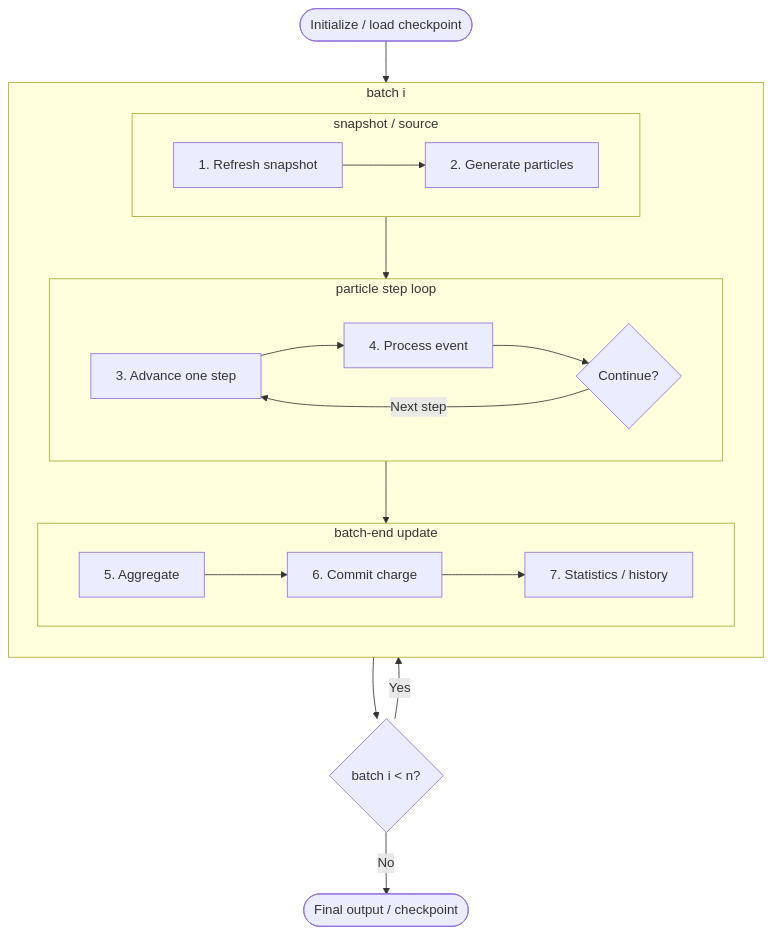
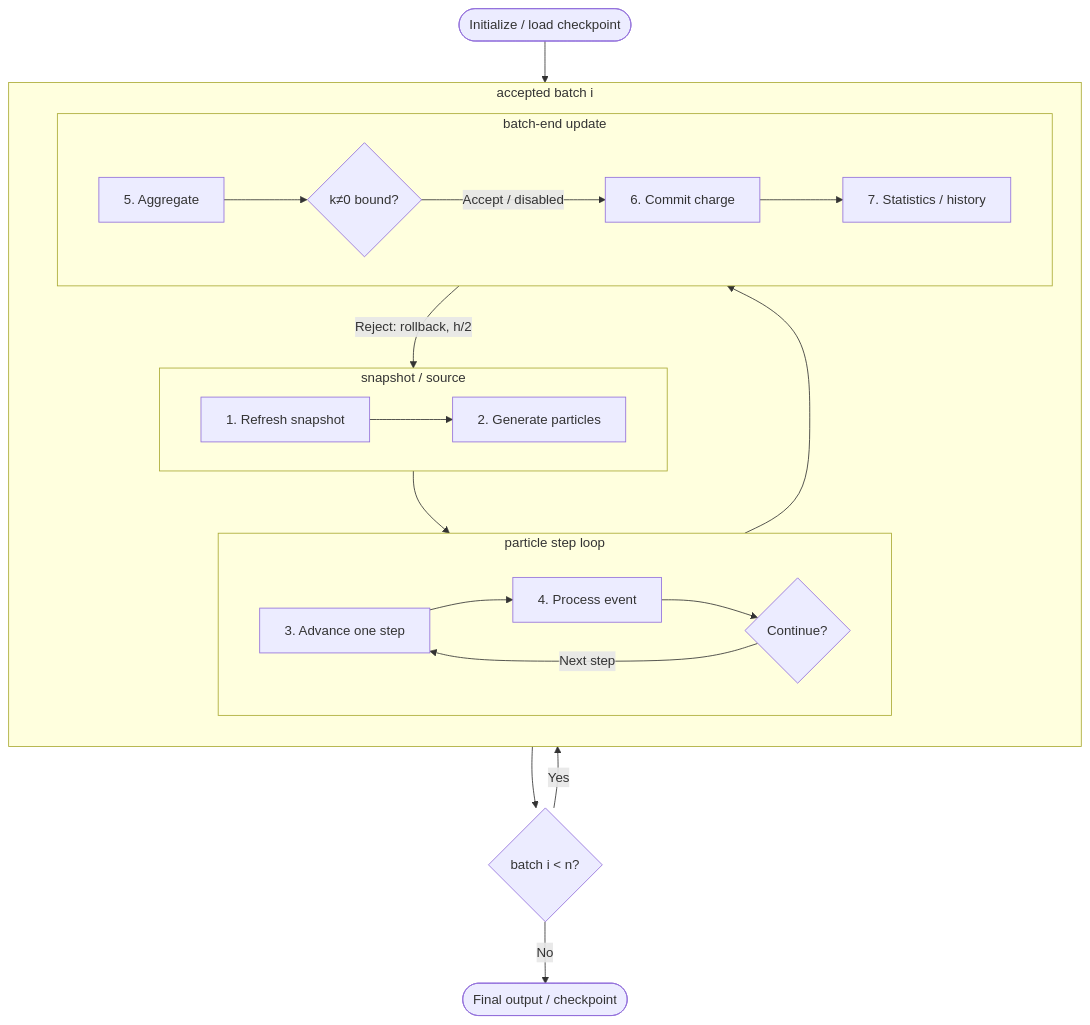
The diagram in docs/Algorithms.en.md (Nkzono99/BEACH), drawn with Mermaid before and after one commit. The commit also changed other lines of this file and 46 other files, not shown here.

````diff
--- a/docs/Algorithms.en.md
+++ b/docs/Algorithms.en.md
@@ -16,32 +16,34 @@
 ```mermaid
 flowchart TD
     start(["Initialize / load checkpoint"])
     more{"batch i < n?"}
 
-    subgraph batch["batch i"]
+    subgraph batch["accepted batch i"]
         direction TB
         subgraph prepare["snapshot / source"]
             direction LR
             p1["1. Refresh snapshot"] --> p2["2. Generate particles"]
         end
 
         subgraph particle_loop["particle step loop"]
             direction LR
             p3["3. Advance one step"] --> p4["4. Process event"] --> tracking{"Continue?"}
             tracking -- "Next step" --> p3
         end
 
         subgraph batch_end["batch-end update"]
             direction LR
-            p5["5. Aggregate"] --> p6["6. Commit charge"] --> p7["7. Statistics / history"]
+            p5["5. Aggregate"] --> trust{"k≠0 bound?"}
+            trust -- "Accept / disabled" --> p6["6. Commit charge"] --> p7["7. Statistics / history"]
         end
 
         prepare --> particle_loop --> batch_end
+        trust -- "Reject: rollback, h/2" --> p2
     end
 
     finish(["Final output / checkpoint"])
     start --> prepare
     more -- "Yes" --> prepare
     batch_end --> more
     more -- "No" --> finish
 ```
````
